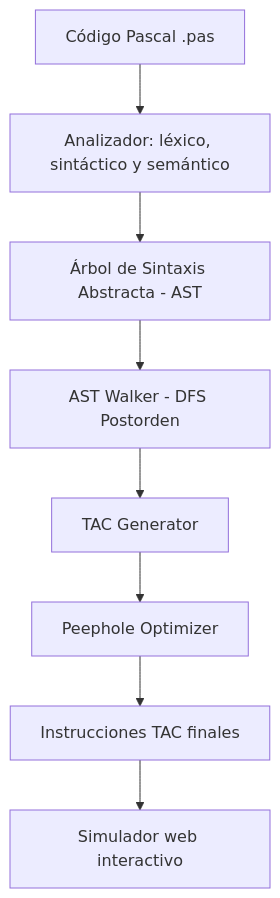
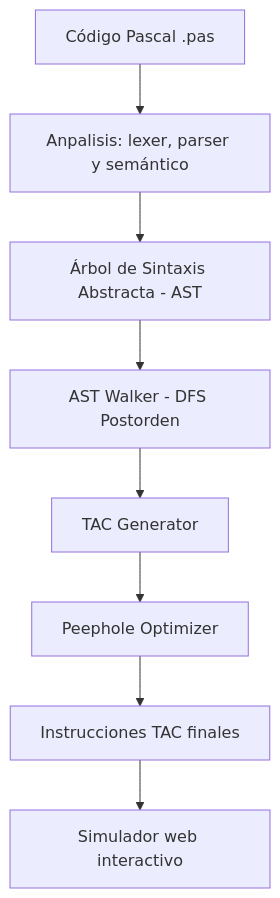
One commit to 20pedro01/Generador-TAC-Pascal changed the diagram in Generador-TAC-Pascal/README.md. Above: the diagram before and after it, drawn with Mermaid.

````diff
--- a/Generador-TAC-Pascal/README.md
+++ b/Generador-TAC-Pascal/README.md
@@ -16,10 +16,10 @@
 ```mermaid
 graph TD
-    A[Código Pascal .pas] --> B[Analizador: léxico, sintáctico y semántico]
+    A[Código Pascal .pas] --> B[Anpalisis: lexer, parser y semántico]
     B --> C[Árbol de Sintaxis Abstracta - AST]
     C --> D[AST Walker - DFS Postorden]
     D --> E[TAC Generator]
     E --> F[Peephole Optimizer]
     F --> G[Instrucciones TAC finales]
     G --> H[Simulador web interactivo]
 ```
````
